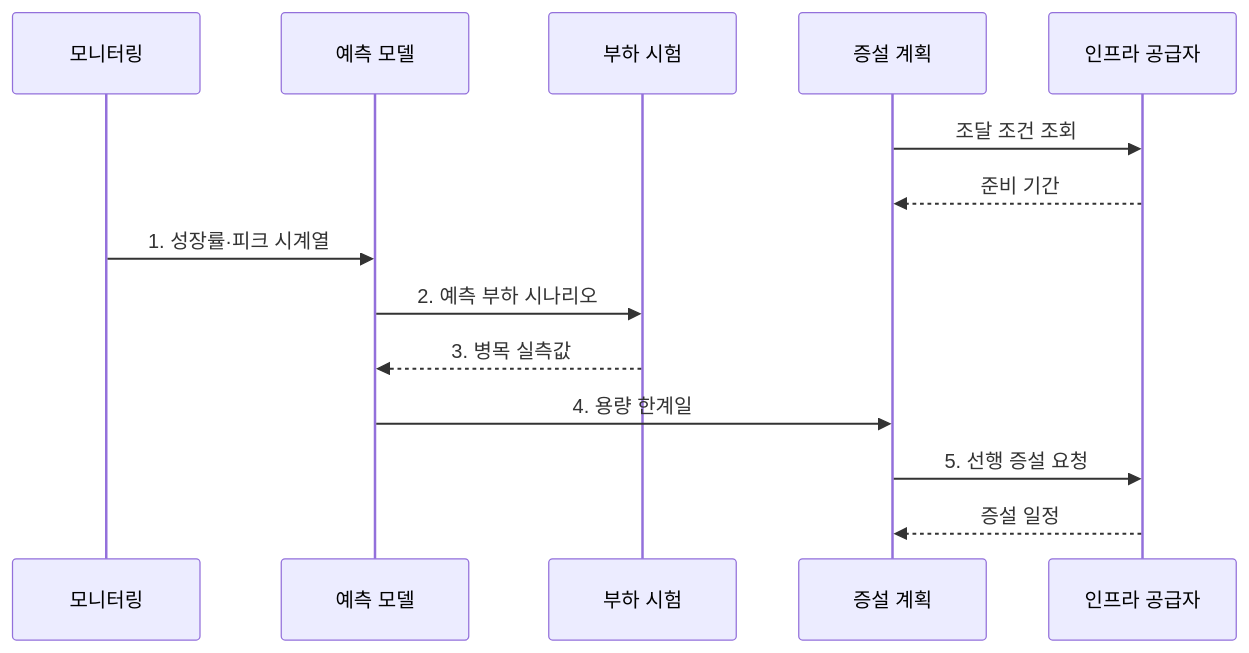
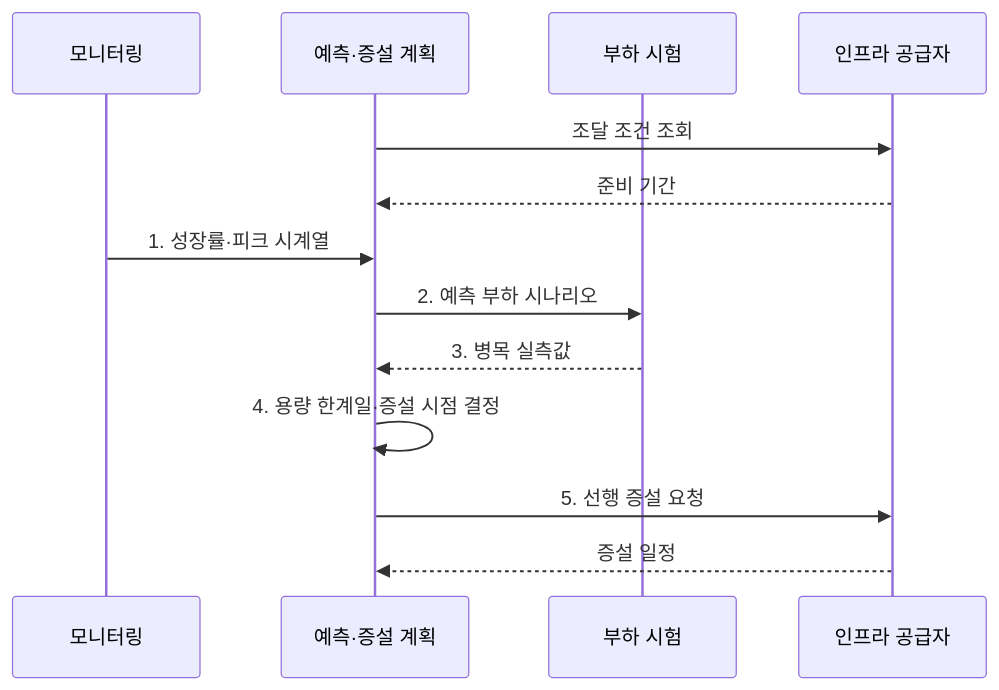
Before and after one commit to agnusdei1207/knowledge-base: the second of 2 diagrams in src/content/docs/notes/03-software/101_db_capacity_planning.md, drawn with Mermaid. The commit also changed 7 other files, not shown here.

Commit message:
Refine distributed data diagrams

````diff
--- a/src/content/docs/notes/03-software/101_db_capacity_planning.md
+++ b/src/content/docs/notes/03-software/101_db_capacity_planning.md
@@ -106,16 +106,15 @@
 ```mermaid
 sequenceDiagram
     participant M as 모니터링
-    participant F as 예측 모델
+    participant F as 예측·증설 계획
     participant T as 부하 시험
-    participant P as 증설 계획
     participant I as 인프라 공급자
-    P->>I: 조달 조건 조회
-    I-->>P: 준비 기간
+    F->>I: 조달 조건 조회
+    I-->>F: 준비 기간
     M->>F: 1. 성장률·피크 시계열
     F->>T: 2. 예측 부하 시나리오
     T-->>F: 3. 병목 실측값
-    F->>P: 4. 용량 한계일
-    P->>I: 5. 선행 증설 요청
-    I-->>P: 증설 일정
+    F->>F: 4. 용량 한계일·증설 시점 결정
+    F->>I: 5. 선행 증설 요청
+    I-->>F: 증설 일정
 ```
````
